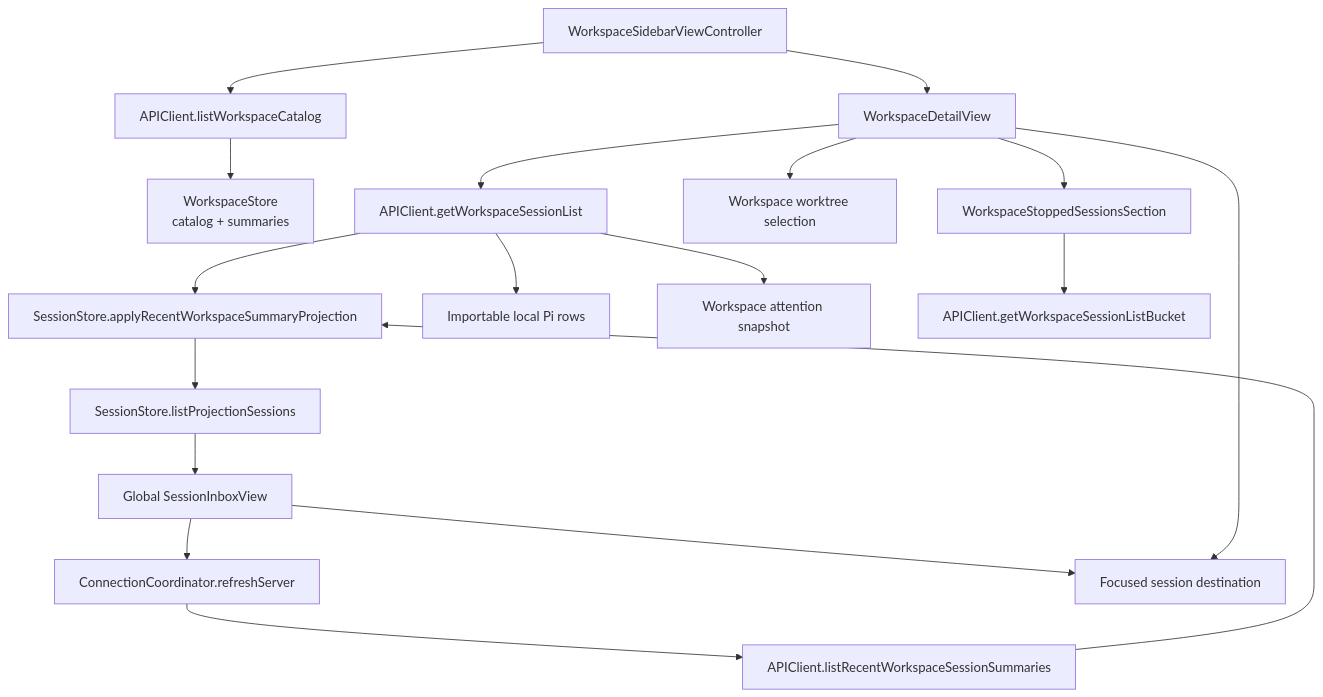
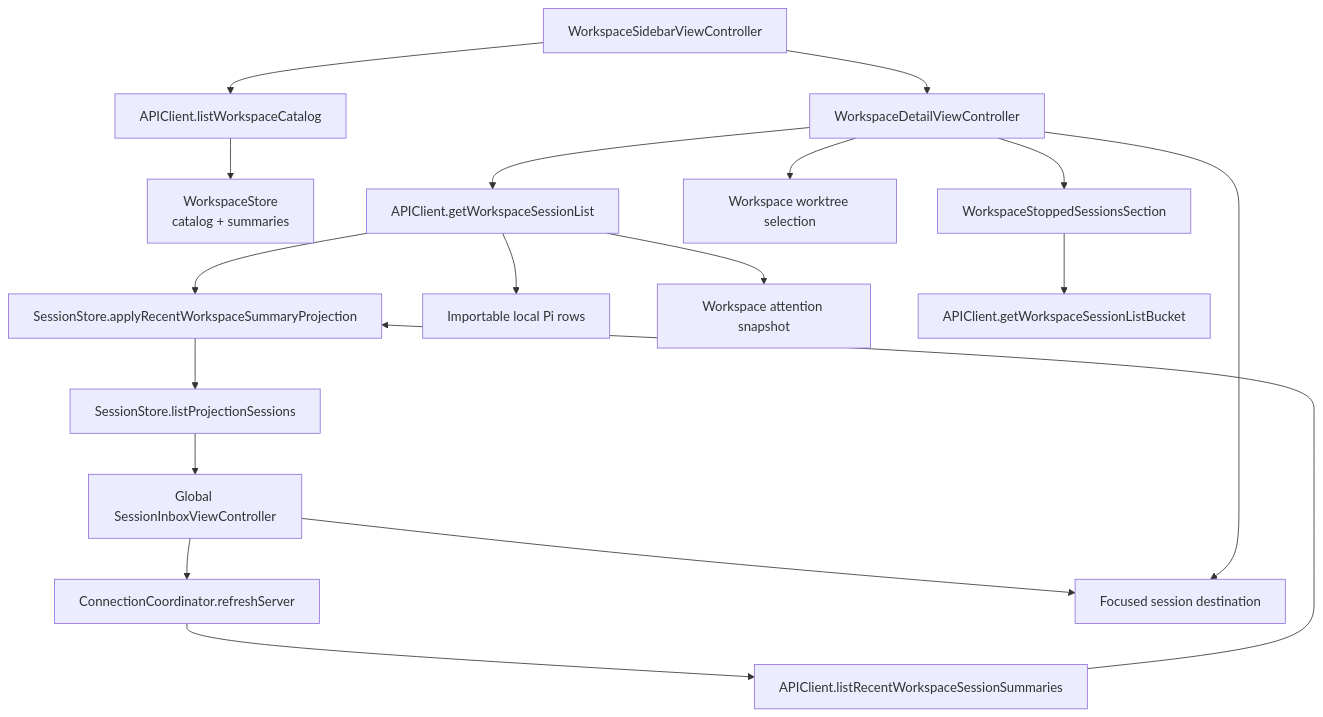
Before and after one commit to duh17/oppi: the second of 3 diagrams in dev/architecture-client/flows.md, drawn with Mermaid. The commit also changed other lines of this file and 20 other files, not shown here.

First line of the commit message:
feat: host the workspace detail in a UIKit collection view

````diff
--- a/dev/architecture-client/flows.md
+++ b/dev/architecture-client/flows.md
@@ -45,23 +45,23 @@
 ```mermaid
 graph TD
   Sidebar[WorkspaceSidebarViewController] --> CatalogAPI[APIClient.listWorkspaceCatalog]
   CatalogAPI --> WorkspaceStore[WorkspaceStore<br/>catalog + summaries]
 
-  Inbox[Global SessionInboxView] --> Refresh[ConnectionCoordinator.refreshServer]
+  Inbox[Global SessionInboxViewController] --> Refresh[ConnectionCoordinator.refreshServer]
   Refresh --> RecentAPI[APIClient.listRecentWorkspaceSessionSummaries]
   RecentAPI --> SessionStore[SessionStore.applyRecentWorkspaceSummaryProjection]
   SessionStore --> Projection[SessionStore.listProjectionSessions]
   Projection --> Inbox
 
-  Sidebar --> Detail[WorkspaceDetailView]
+  Sidebar --> Detail[WorkspaceDetailViewController]
   Detail --> WorkspaceAPI[APIClient.getWorkspaceSessionList]
   WorkspaceAPI --> SessionStore
   WorkspaceAPI --> LocalRows[Importable local Pi rows]
   WorkspaceAPI --> Attention[Workspace attention snapshot]
   Detail --> Worktrees[Workspace worktree selection]
   Detail --> Stopped[WorkspaceStoppedSessionsSection]
   Stopped --> BucketAPI[APIClient.getWorkspaceSessionListBucket]
 
   Inbox --> Chat[Focused session destination]
   Detail --> Chat
 ```
````
